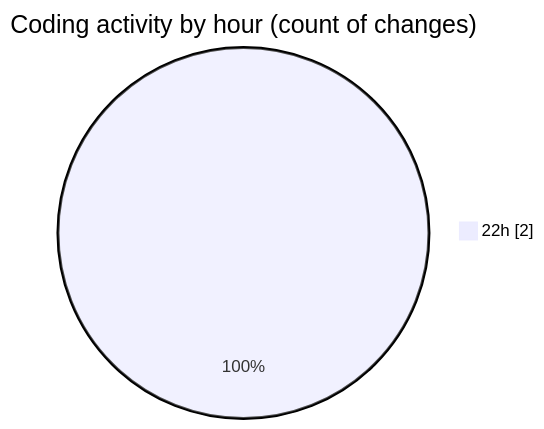
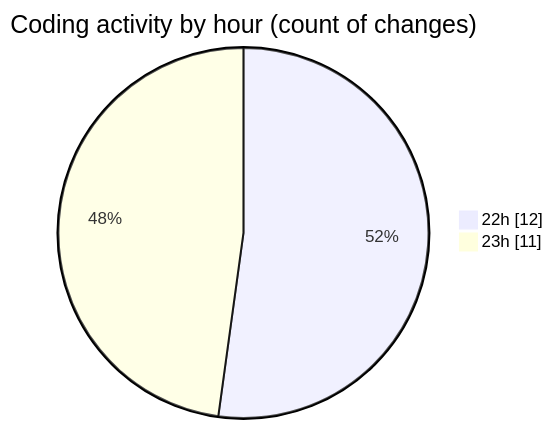
Before and after one commit to Ritupan-Deka/code-tracking: the second of 2 diagrams in 2025-02-04/0starter_files/README.md, drawn with Mermaid. The commit also changed other lines of this file and 1 other file, not shown here.

````diff
--- a/2025-02-04/0starter_files/README.md
+++ b/2025-02-04/0starter_files/README.md
@@ -28,5 +28,6 @@
 ```mermaid
 pie showData
 title Coding activity by hour (count of changes)
-"22h" : 2
+"22h" : 12
+"23h" : 11
 ```
````
